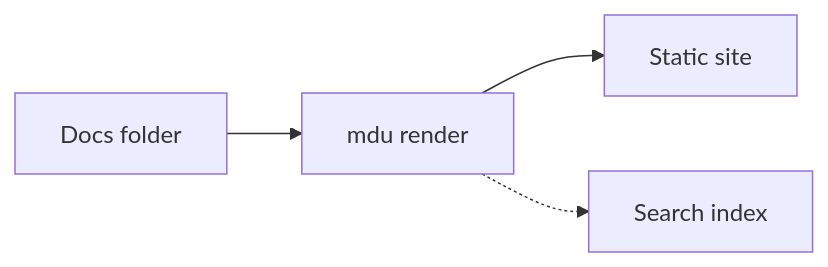
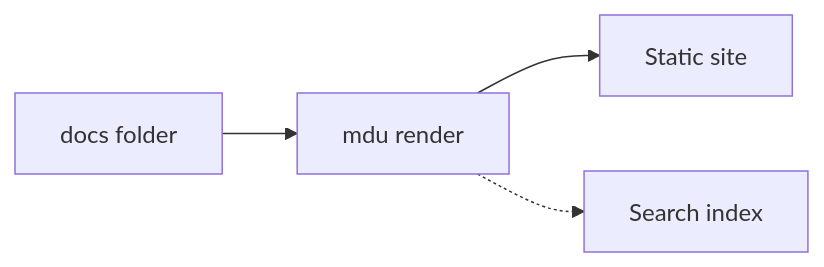
One commit to capjan/markdown-util changed the second of 7 diagrams in Docs/Features/Diagrams.md. Above: the diagram before and after it, drawn with Mermaid. The commit also changed other lines of this file and 36 other files, not shown here.

````diff
--- a/Docs/Features/Diagrams.md
+++ b/Docs/Features/Diagrams.md
@@ -54,6 +54,6 @@
 ```mermaid
 flowchart LR
     accTitle: Rendered site
-    Docs[Docs folder] --> Render[mdu render] --> Site[Static site]
+    Source[docs folder] --> Render[mdu render] --> Site[Static site]
     Render -.-> Search[Search index]
 ```
````
